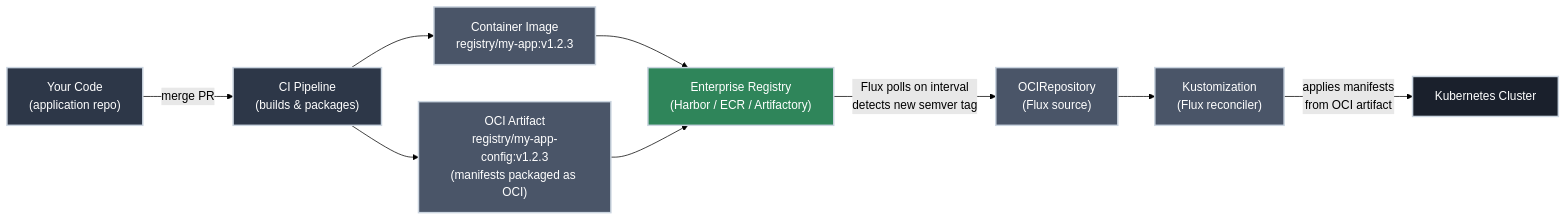
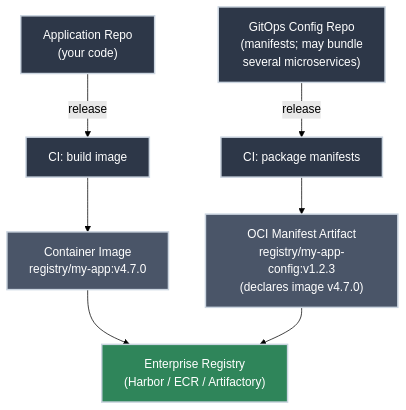
Before and after one commit to bradpenney/exploring_gitops: the first of 3 diagrams in docs/day_one/your_flux_workflow.md, drawn with Mermaid (forest theme). The commit also changed other lines of this file and 12 other files, not shown here.

````diff
--- a/docs/day_one/your_flux_workflow.md
+++ b/docs/day_one/your_flux_workflow.md
@@ -63,29 +65,28 @@
 ```mermaid
-flowchart LR
-    Code["Your Code\n(application repo)"]
-    CI["CI Pipeline\n(builds & packages)"]
-    Image["Container Image\nregistry/my-app:v1.2.3"]
-    Artifact["OCI Artifact\nregistry/my-app-config:v1.2.3\n(manifests packaged as OCI)"]
-    Registry["Enterprise Registry\n(Harbor / ECR / Artifactory)"]
-    OCIRepo["OCIRepository\n(Flux source)"]
-    Kustomization["Kustomization\n(Flux reconciler)"]
-    Cluster["Kubernetes Cluster"]
+flowchart TD
+    AppRepo["Application Repo<br/>(your code)"]
+    AppCI["CI: build image"]
+    Image["Container Image<br/>registry/my-app:v4.7.0"]
 
-    Code -->|"merge PR"| CI
-    CI --> Image
-    CI --> Artifact
+    ConfigRepo["GitOps Config Repo<br/>(manifests; may bundle<br/>several microservices)"]
+    ConfigCI["CI: package manifests"]
+    Artifact["OCI Manifest Artifact<br/>registry/my-app-config:v1.2.3<br/>(declares image v4.7.0)"]
+
+    Registry["Enterprise Registry<br/>(Harbor / ECR / Artifactory)"]
+
+    AppRepo -->|"release"| AppCI
+    AppCI --> Image
     Image --> Registry
+
+    ConfigRepo -->|"release"| ConfigCI
+    ConfigCI --> Artifact
     Artifact --> Registry
-    Registry -->|"Flux polls on interval\ndetects new semver tag"| OCIRepo
-    OCIRepo --> Kustomization
-    Kustomization -->|"applies manifests\nfrom OCI artifact"| Cluster
 
-    style Code fill:#2d3748,stroke:#cbd5e0,stroke-width:2px,color:#fff
-    style CI fill:#2d3748,stroke:#cbd5e0,stroke-width:2px,color:#fff
+    style AppRepo fill:#2d3748,stroke:#cbd5e0,stroke-width:2px,color:#fff
+    style AppCI fill:#2d3748,stroke:#cbd5e0,stroke-width:2px,color:#fff
     style Image fill:#4a5568,stroke:#cbd5e0,stroke-width:2px,color:#fff
+    style ConfigRepo fill:#2d3748,stroke:#cbd5e0,stroke-width:2px,color:#fff
+    style ConfigCI fill:#2d3748,stroke:#cbd5e0,stroke-width:2px,color:#fff
     style Artifact fill:#4a5568,stroke:#cbd5e0,stroke-width:2px,color:#fff
     style Registry fill:#2f855a,stroke:#cbd5e0,stroke-width:2px,color:#fff
-    style OCIRepo fill:#4a5568,stroke:#cbd5e0,stroke-width:2px,color:#fff
-    style Kustomization fill:#4a5568,stroke:#cbd5e0,stroke-width:2px,color:#fff
-    style Cluster fill:#1a202c,stroke:#cbd5e0,stroke-width:2px,color:#fff
 ```
````
